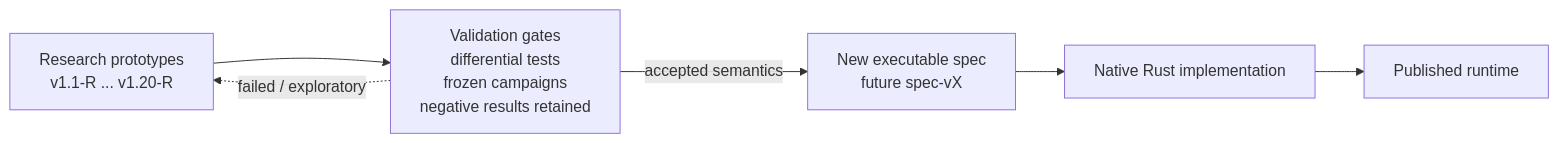
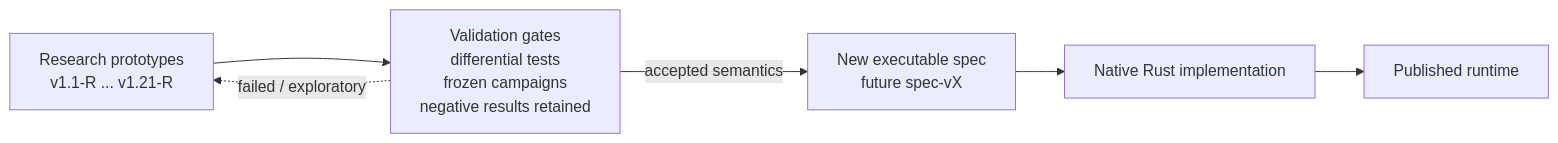
The second of 14 diagrams in docs/ARCHITECTURE.md (ordinaly/cortex), drawn with Mermaid before and after one commit. The commit also changed other lines of this file, not shown here.

Commit message:
Advance architecture frontier to v1.21-R

````diff
--- a/docs/ARCHITECTURE.md
+++ b/docs/ARCHITECTURE.md
@@ -81,15 +81,15 @@
 ```mermaid
 flowchart LR
-    R["Research prototypes<br/>v1.1-R ... v1.20-R"]
+    R["Research prototypes<br/>v1.1-R ... v1.21-R"]
     G["Validation gates<br/>differential tests<br/>frozen campaigns<br/>negative results retained"]
     S["New executable spec<br/>future spec-vX"]
     N["Native Rust implementation"]
     P["Published runtime"]
 
     R --> G
     G -->|"accepted semantics"| S
     S --> N
     N --> P
 
     G -.->|"failed / exploratory"| R
 ```
````
